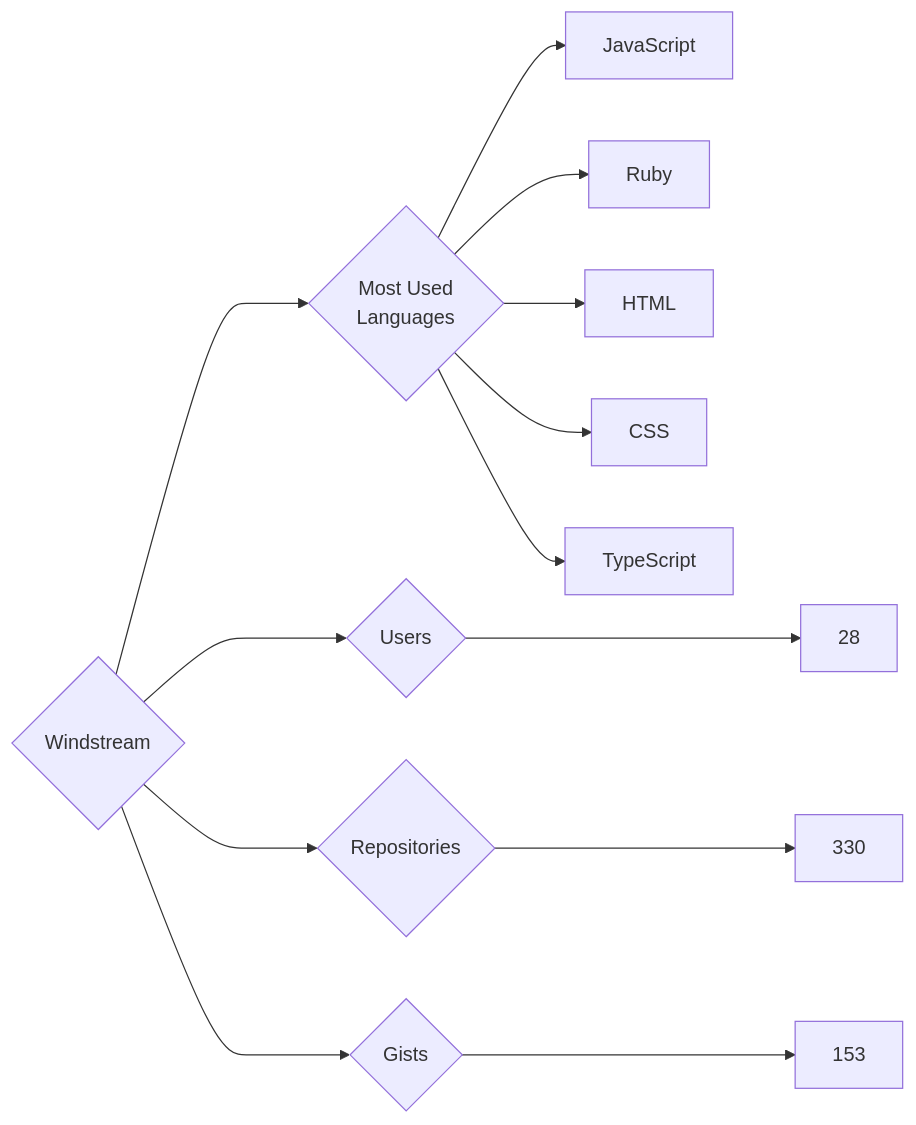
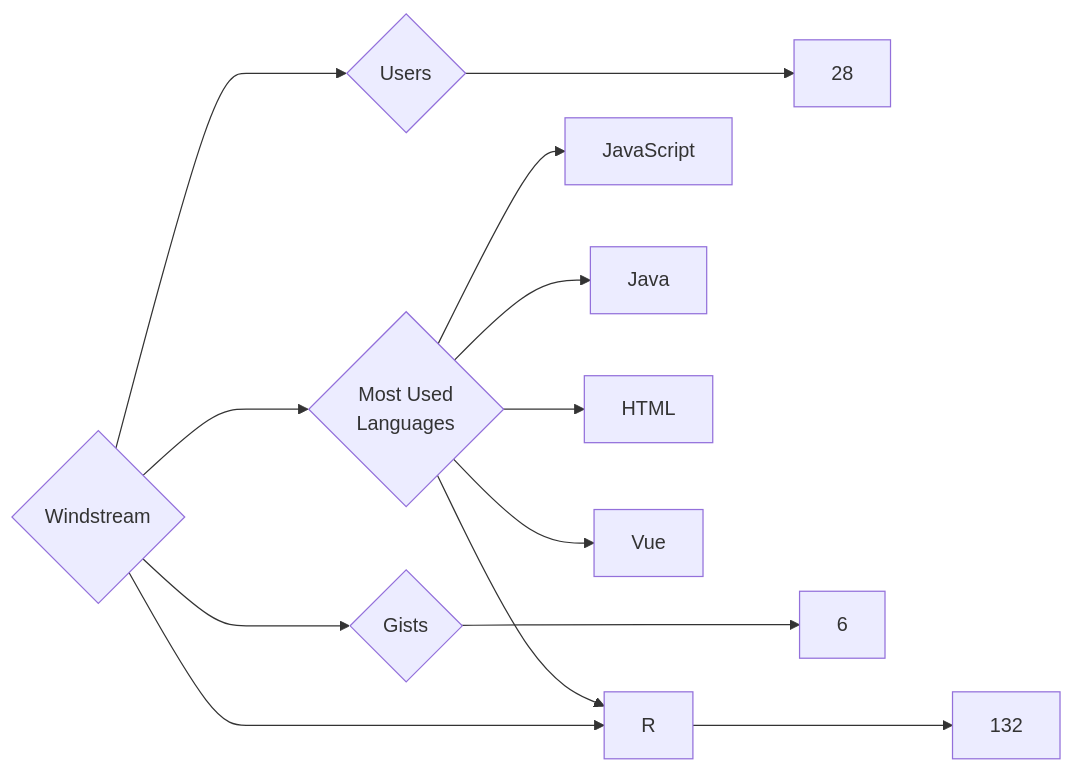
Before and after one commit to trickest/insiders: the diagram in targets/Windstream/README.md, drawn with Mermaid. The commit also changed 877 other files, not shown here.

````diff
--- a/targets/Windstream/README.md
+++ b/targets/Windstream/README.md
@@ -3,13 +3,13 @@
 ```mermaid
 graph LR
 COMPANY_NAME{Windstream}
 COMPANY_NAME ---> U{Users} ---> UN[28]
-COMPANY_NAME ---> R{Repositories} ---> RN[330]
-COMPANY_NAME ---> G{Gists} ---> GN[153]
+COMPANY_NAME ---> R{Repositories} ---> RN[132]
+COMPANY_NAME ---> G{Gists} ---> GN[6]
 COMPANY_NAME ---> ML{Most Used<br>Languages}
 ML --> JavaScript[JavaScript]
-ML --> Ruby[Ruby]
+ML --> Java[Java]
 ML --> HTML[HTML]
-ML --> CSS[CSS]
-ML --> TypeScript[TypeScript]
+ML --> Vue[Vue]
+ML --> R[R]
 ```
````
